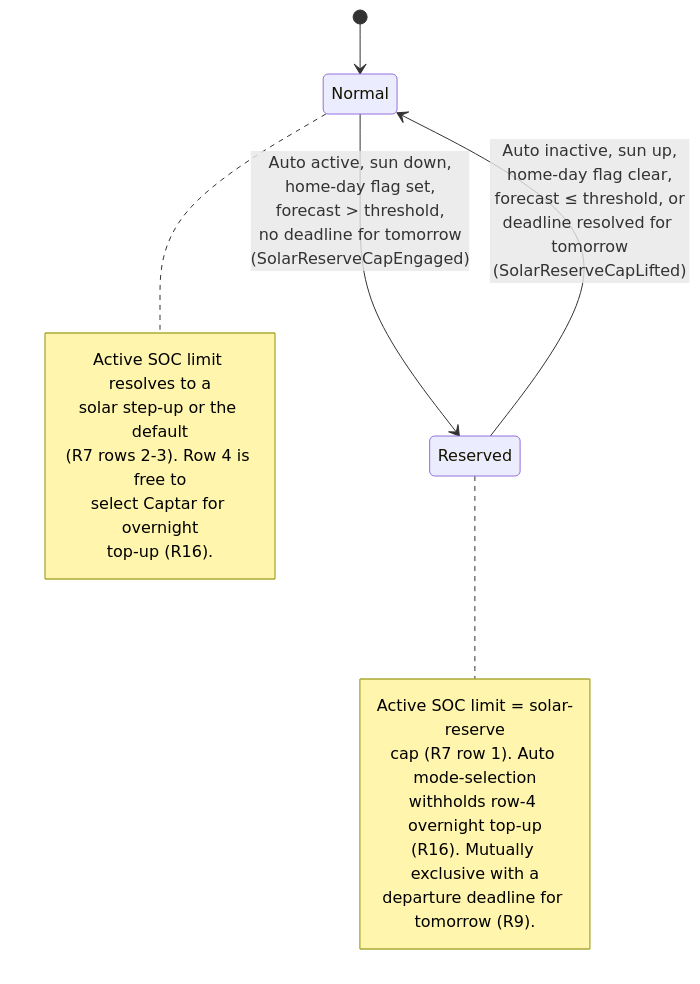
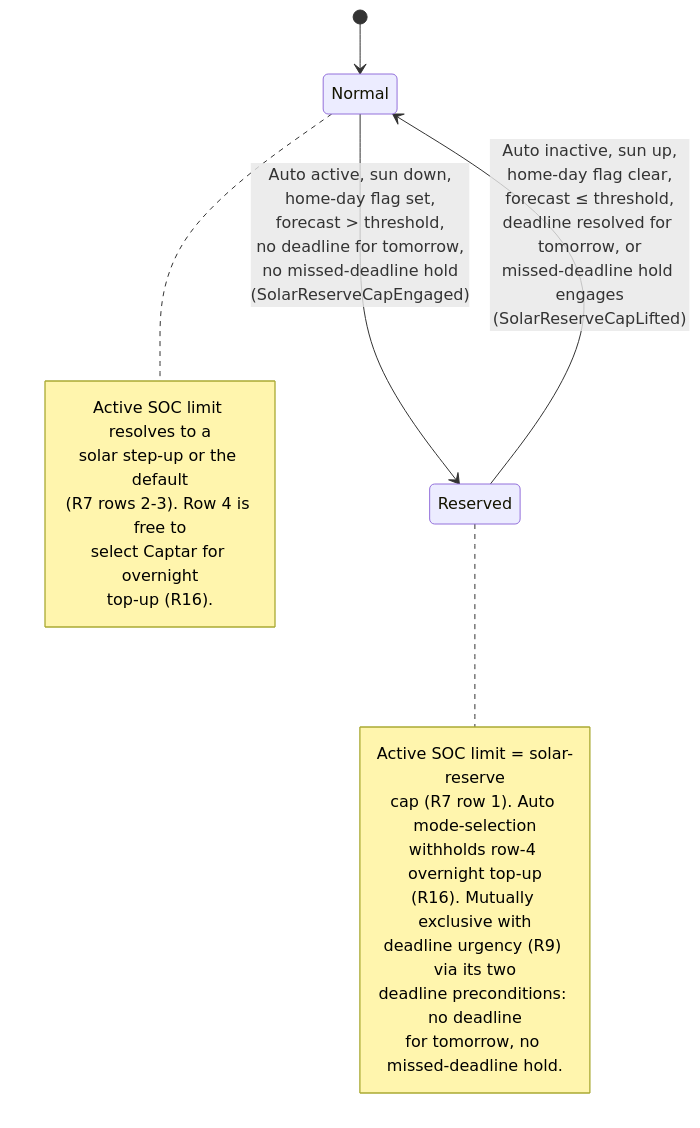
One commit to kristofdegrave/homeassistant-smart-charging changed the diagram in docs/analysis/use-cases/UC07-reserve-capacity-for-tomorrow.md. Above: the diagram before and after it, drawn with Mermaid. The commit also changed other lines of this file and 6 other files, not shown here.

First line of the commit message:
docs: keep deadline urgency latched past a missed deadline until SOC or disconnect

````diff
--- a/docs/analysis/use-cases/UC07-reserve-capacity-for-tomorrow.md
+++ b/docs/analysis/use-cases/UC07-reserve-capacity-for-tomorrow.md
@@ -130,20 +145,22 @@
 ```mermaid
 stateDiagram-v2
     [*] --> Normal
-    Normal --> Reserved: Auto active, sun down,<br/>home-day flag set,<br/>forecast > threshold,<br/>no deadline for tomorrow<br/>(SolarReserveCapEngaged)
-    Reserved --> Normal: Auto inactive, sun up,<br/>home-day flag clear,<br/>forecast ≤ threshold, or<br/>deadline resolved for tomorrow<br/>(SolarReserveCapLifted)
+    Normal --> Reserved: Auto active, sun down,<br/>home-day flag set,<br/>forecast > threshold,<br/>no deadline for tomorrow,<br/>no missed-deadline hold<br/>(SolarReserveCapEngaged)
+    Reserved --> Normal: Auto inactive, sun up,<br/>home-day flag clear,<br/>forecast ≤ threshold,<br/>deadline resolved for tomorrow, or<br/>missed-deadline hold engages<br/>(SolarReserveCapLifted)
     note right of Reserved
         Active SOC limit = solar-reserve
         cap (R7 row 1). Auto mode-selection
         withholds row-4 overnight top-up
-        (R16). Mutually exclusive with a
-        departure deadline for tomorrow (R9).
+        (R16). Mutually exclusive with
+        deadline urgency (R9) via its two
+        deadline preconditions: no deadline
+        for tomorrow, no missed-deadline hold.
     end note
     note right of Normal
         Active SOC limit resolves to a
         solar step-up or the default
         (R7 rows 2-3). Row 4 is free to
         select Captar for overnight
         top-up (R16).
     end note
 ```
````
